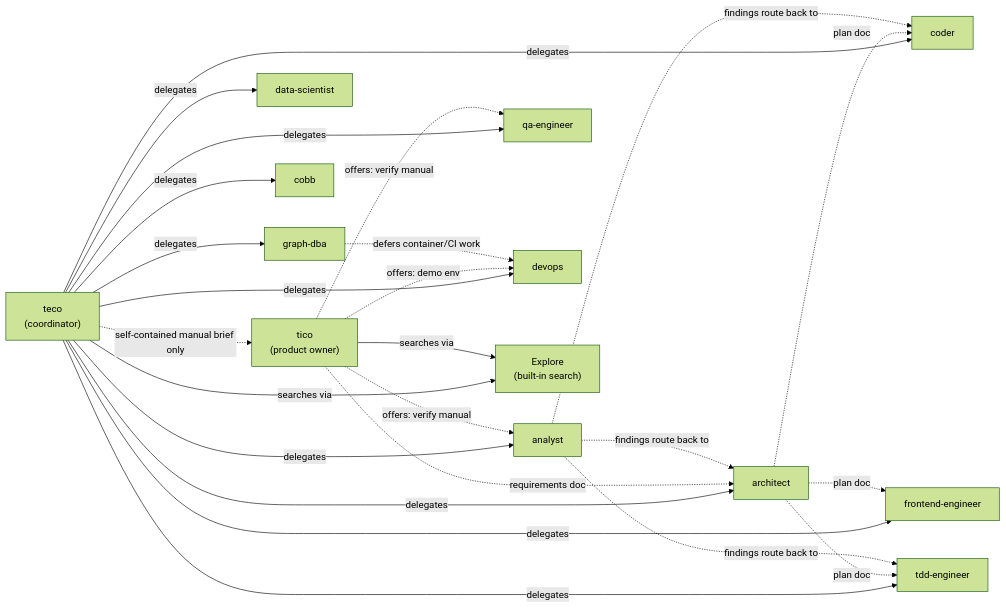
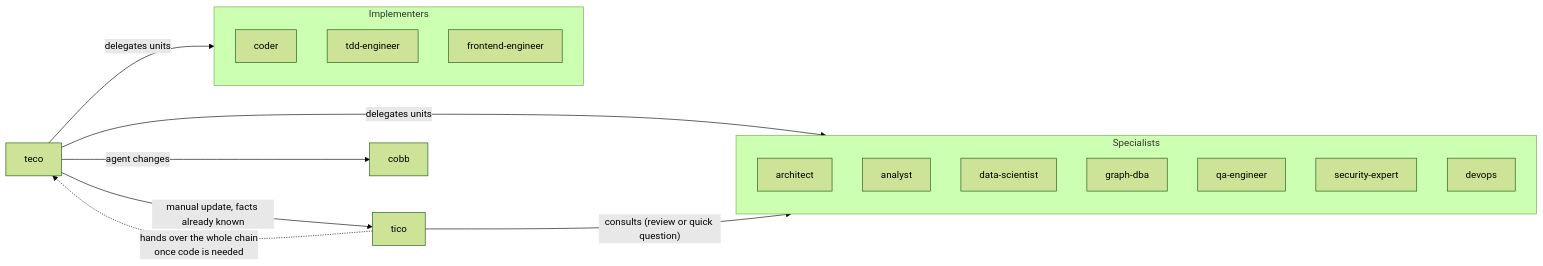
One commit to mauriciobs666/graphmind-ai-lab changed the second of 10 diagrams in claude/docs/manuals/agent-team.md. Above: the diagram before and after it, drawn with Mermaid (forest theme). The commit also changed other lines of this file and 2 other files, not shown here.

First line of the commit message:
docs(claude): rewrite agent team manual -- lifecycle, orchestration, tracking, docs

````diff
--- a/claude/docs/manuals/agent-team.md
+++ b/claude/docs/manuals/agent-team.md
@@ -80,46 +74,27 @@
 ```mermaid
 flowchart LR
-    teco["teco<br/>(coordinator)"]
-    tico["tico<br/>(product owner)"]
-    architect["architect"]
-    coder["coder"]
-    tdd["tdd-engineer"]
-    frontend["frontend-engineer"]
-    analyst["analyst"]
-    ds["data-scientist"]
-    qa["qa-engineer"]
-    graphdba["graph-dba"]
-    devops["devops"]
+    teco["teco"]
+    tico["tico"]
+    subgraph spec["Specialists"]
+        architect["architect"]
+        analyst["analyst"]
+        ds["data-scientist"]
+        graphdba["graph-dba"]
+        qa["qa-engineer"]
+        sec["security-expert"]
+        devops["devops"]
+    end
+    subgraph builders["Implementers"]
+        coder["coder"]
+        tdd["tdd-engineer"]
+        frontend["frontend-engineer"]
+    end
     cobb["cobb"]
-    explore["Explore<br/>(built-in search)"]
 
-    %% teco's live delegations
-    teco -- delegates --> architect
-    teco -- delegates --> coder
-    teco -- delegates --> tdd
-    teco -- delegates --> frontend
-    teco -- delegates --> analyst
-    teco -- delegates --> ds
-    teco -- delegates --> qa
-    teco -- delegates --> graphdba
-    teco -- delegates --> devops
-    teco -- delegates --> cobb
-    teco -. "self-contained manual brief only" .-> tico
-    teco -- searches via --> explore
-
-    %% tico's live delegations
-    tico -. "offers: demo env" .-> devops
-    tico -. "offers: verify manual" .-> qa
-    tico -. "offers: verify manual" .-> analyst
-    tico -- searches via --> explore
-
-    %% document handoffs (no live call — a path is handed to the next stage)
-    tico -. "requirements doc" .-> architect
-    architect -. "plan doc" .-> coder
-    architect -. "plan doc" .-> tdd
-    architect -. "plan doc" .-> frontend
-    analyst -. "findings route back to" .-> architect
-    analyst -. "findings route back to" .-> coder
-    analyst -. "findings route back to" .-> tdd
-    graphdba -. "defers container/CI work" .-> devops
+    teco -- "delegates units" --> spec
+    teco -- "delegates units" --> builders
+    teco -- "agent changes" --> cobb
+    teco -- "manual update, facts already known" --> tico
+    tico -- "consults (review or quick question)" --> spec
+    tico -. "hands over the whole chain<br/>once code is needed" .-> teco
 ```
````
